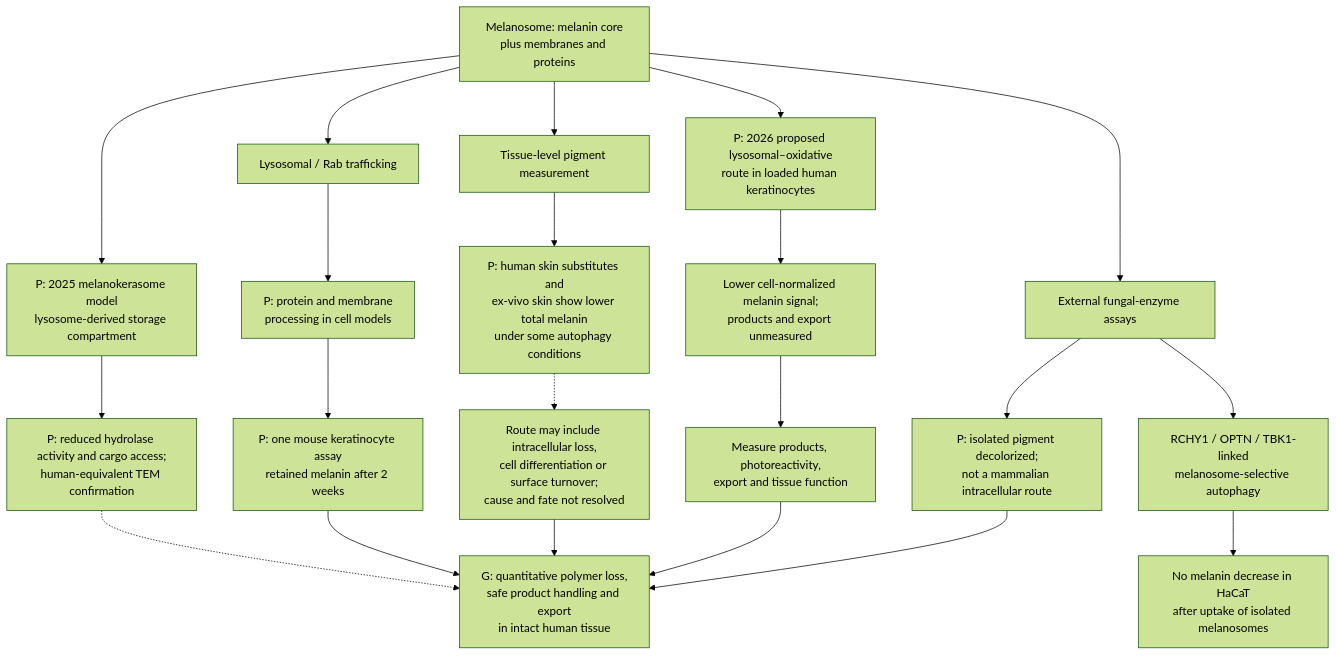
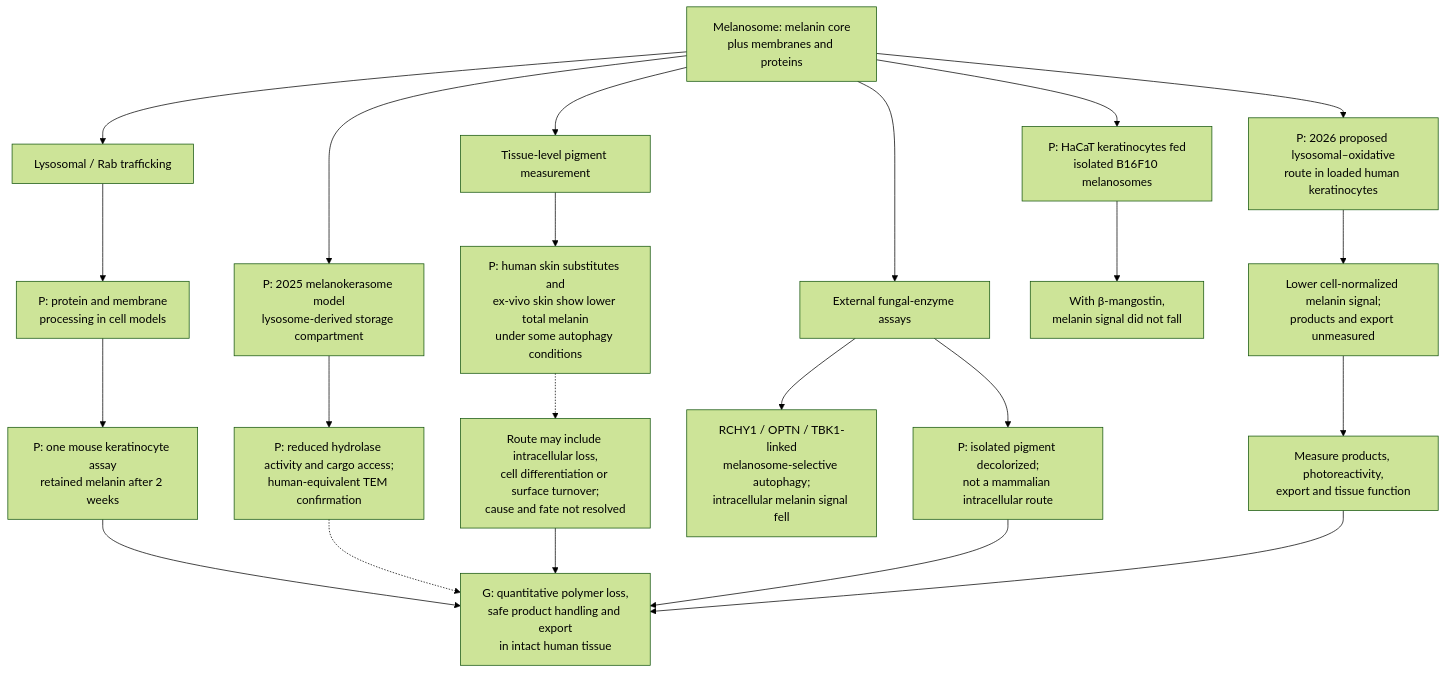
One commit to dylanstechmann/iris-color-without-contacts changed the second of 7 diagrams in research/selective-clearance-framework.md. Above: the diagram before and after it, drawn with Mermaid (forest theme).

Commit message:
Clarify parallel outcomes in melanophagy diagram

````diff
--- a/research/selective-clearance-framework.md
+++ b/research/selective-clearance-framework.md
@@ -38,23 +38,24 @@
 ```mermaid
 flowchart TD
     M["Melanosome: melanin core<br/>plus membranes and proteins"] --> L["Lysosomal / Rab trafficking"]
     L --> P["P: protein and membrane<br/>processing in cell models"]
     P --> C["P: one mouse keratinocyte assay<br/>retained melanin after 2 weeks"]
     M --> S["P: 2025 melanokerasome model<br/>lysosome-derived storage compartment"]
     S --> S2["P: reduced hydrolase activity and cargo access;<br/>human-equivalent TEM confirmation"]
     S2 -.-> G["G: quantitative polymer loss,<br/>safe product handling and export<br/>in intact human tissue"]
     M --> T["Tissue-level pigment measurement"]
     T --> E["P: human skin substitutes and<br/>ex-vivo skin show lower total melanin<br/>under some autophagy conditions"]
     E -.-> U["Route may include intracellular loss,<br/>cell differentiation or surface turnover;<br/>cause and fate not resolved"]
     M --> F["P: 2024 melanophagy<br/>in B16F10 melanoma cells"]
-    F --> F1["RCHY1 / OPTN / TBK1-linked<br/>melanosome-selective autophagy"]
-    F1 --> F2["No melanin decrease in HaCaT<br/>after uptake of isolated melanosomes"]
+    F --> F1["RCHY1 / OPTN / TBK1-linked<br/>melanosome-selective autophagy;<br/>intracellular melanin signal fell"]
+    M --> K["P: HaCaT keratinocytes fed<br/>isolated B16F10 melanosomes"]
+    K --> K1["With β-mangostin,<br/>melanin signal did not fall"]
     M --> O["P: 2026 proposed lysosomal–oxidative<br/>route in loaded human keratinocytes"]
     O --> R["Lower cell-normalized melanin signal;<br/>products and export unmeasured"]
     R --> B["Measure products, photoreactivity,<br/>export and tissue function"]
     F["External fungal-enzyme assays"] --> D["P: isolated pigment decolorized;<br/>not a mammalian intracellular route"]
     C --> G["G: quantitative polymer loss,<br/>safe product handling and export<br/>in intact human tissue"]
     U --> G
     B --> G
     D --> G
 ```
````
